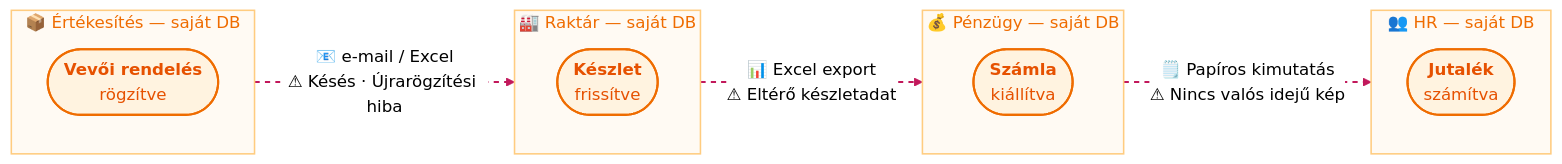
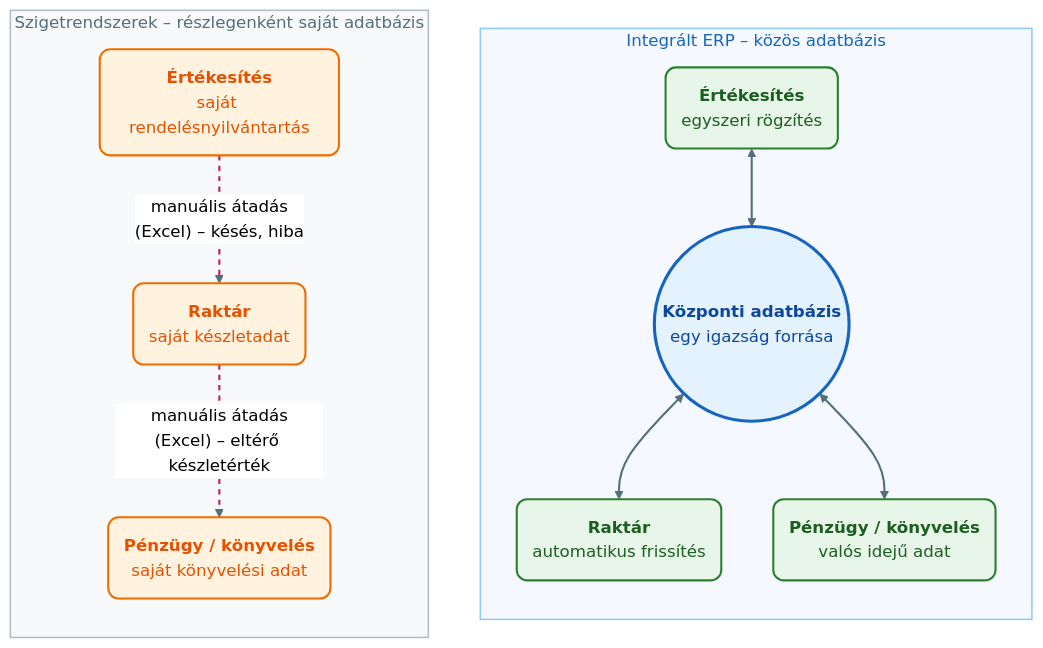
One commit to denespocsik/MM_BSC_Zarovizsga changed the second of 2 diagrams in Tételek/V11-GMXIV2MBLF-Informatikai fejlődés és szigetrendszerek.tétel.md. Above: the diagram before and after it, drawn with Mermaid (neutral theme). The commit also changed other lines of this file and 1 other file, not shown here.

````diff
--- a/Tételek/V11-GMXIV2MBLF-Informatikai fejlődés és szigetrendszerek.tétel.md
+++ b/Tételek/V11-GMXIV2MBLF-Informatikai fejlődés és szigetrendszerek.tétel.md
@@ -57,28 +110,35 @@
 ```mermaid
 flowchart LR
-    subgraph Ert["📦 Értékesítés — saját DB"]
-        SO(["<b>Vevői rendelés</b><br/>rögzítve"]):::narancs
+    subgraph SZ["Szigetrendszerek – részlegenként saját adatbázis"]
+        direction TB
+        E1("<b>Értékesítés</b><br/>saját rendelésnyilvántartás"):::narancs
+        R1("<b>Raktár</b><br/>saját készletadat"):::narancs
+        P1("<b>Pénzügy / könyvelés</b><br/>saját könyvelési adat"):::narancs
+        E1 -->|"manuális átadás<br/>(Excel) – késés, hiba"| R1
+        R1 -->|"manuális átadás<br/>(Excel) – eltérő készletérték"| P1
     end
-    subgraph Rak["🏭 Raktár — saját DB"]
-        GI(["<b>Készlet</b><br/>frissítve"]):::narancs
+    subgraph INT["Integrált ERP – közös adatbázis"]
+        direction TB
+        E2("<b>Értékesítés</b><br/>egyszeri rögzítés"):::zold
+        DB(("<b>Központi adatbázis</b><br/>egy igazság forrása")):::kekH
+        R2("<b>Raktár</b><br/>automatikus frissítés"):::zold
+        P2("<b>Pénzügy / könyvelés</b><br/>valós idejű adat"):::zold
+        E2 <--> DB
+        DB <--> R2
+        DB <--> P2
     end
-    subgraph Pen["💰 Pénzügy — saját DB"]
-        INV(["<b>Számla</b><br/>kiállítva"]):::narancs
-    end
-    subgraph HR_["👥 HR — saját DB"]
-        PAY(["<b>Jutalék</b><br/>számítva"]):::narancs
-    end
-
-    Ert -->|"📧 e-mail / Excel<br/>⚠ Késés · Újrarögzítési hiba"| Rak
-    Rak -->|"📊 Excel export<br/>⚠ Eltérő készletadat"| Pen
-    Pen -->|"🗒️ Papíros kimutatás<br/>⚠ Nincs valós idejű kép"| HR_
+    SZ ~~~ INT
 
     classDef narancs fill:#fff3e0,stroke:#ef6c00,stroke-width:2px,color:#e65100,rx:10,ry:10;
+    classDef zold    fill:#e8f5e9,stroke:#2e7d32,stroke-width:2px,color:#1b5e20,rx:10,ry:10;
+    classDef kekH    fill:#e3f2fd,stroke:#1565c0,stroke-width:3px,color:#0d47a1,rx:10,ry:10;
 
-    style Ert fill:#fffaf3,stroke:#ffcc80,stroke-width:1.5px,color:#ef6c00;
-    style Rak fill:#fffaf3,stroke:#ffcc80,stroke-width:1.5px,color:#ef6c00;
-    style Pen fill:#fffaf3,stroke:#ffcc80,stroke-width:1.5px,color:#ef6c00;
-    style HR_ fill:#fffaf3,stroke:#ffcc80,stroke-width:1.5px,color:#ef6c00;
+    style SZ  fill:#f7f9fa,stroke:#b0bec5,stroke-width:1.5px,color:#546e7a;
+    style INT fill:#f5f9ff,stroke:#90caf9,stroke-width:1.5px,color:#1565c0;
 
-    linkStyle default stroke:#c2185b,stroke-width:2px,stroke-dasharray: 5 5;
+    linkStyle default stroke:#546e7a,stroke-width:2px;
+    linkStyle 0 stroke:#c2185b,stroke-width:2px,stroke-dasharray: 5 5;
+    linkStyle 1 stroke:#c2185b,stroke-width:2px,stroke-dasharray: 5 5;
+    %% láthatatlan elrendező él a két panel egymás mellé igazításához
+    linkStyle 5 stroke-width:0px,opacity:0;
 ```
````
